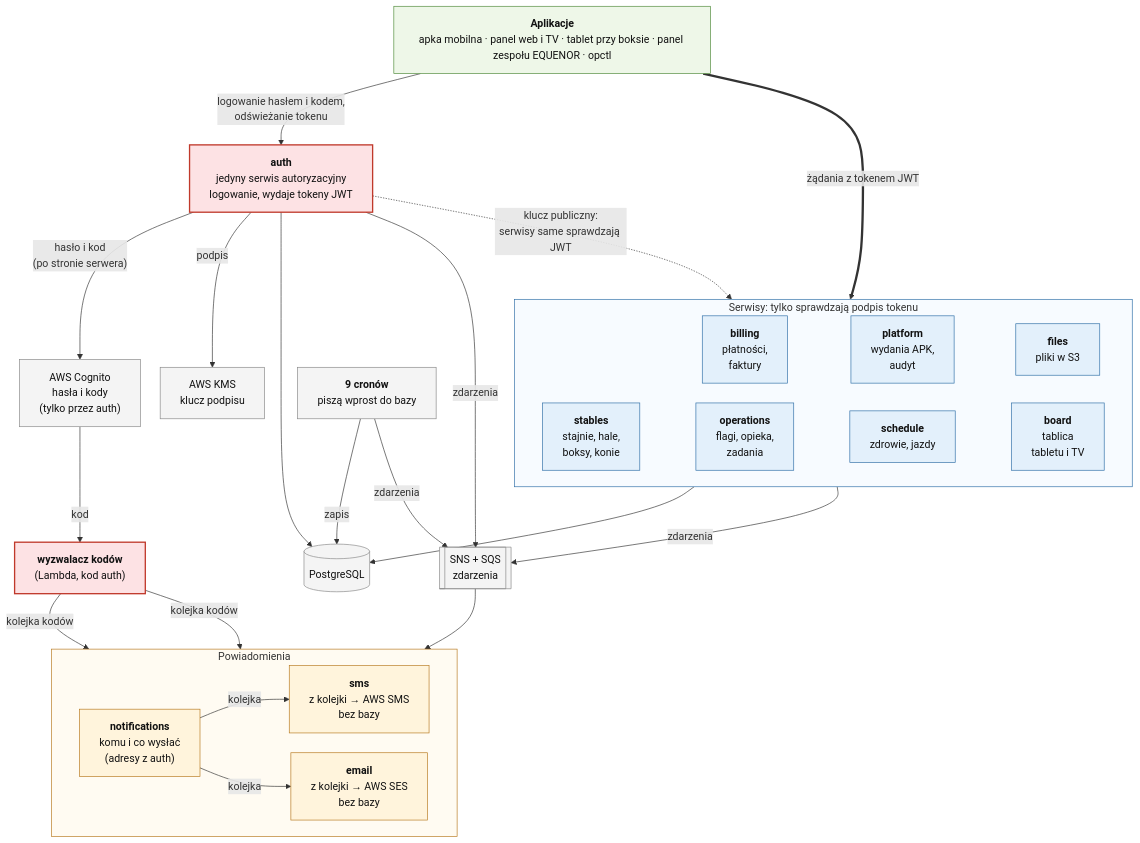
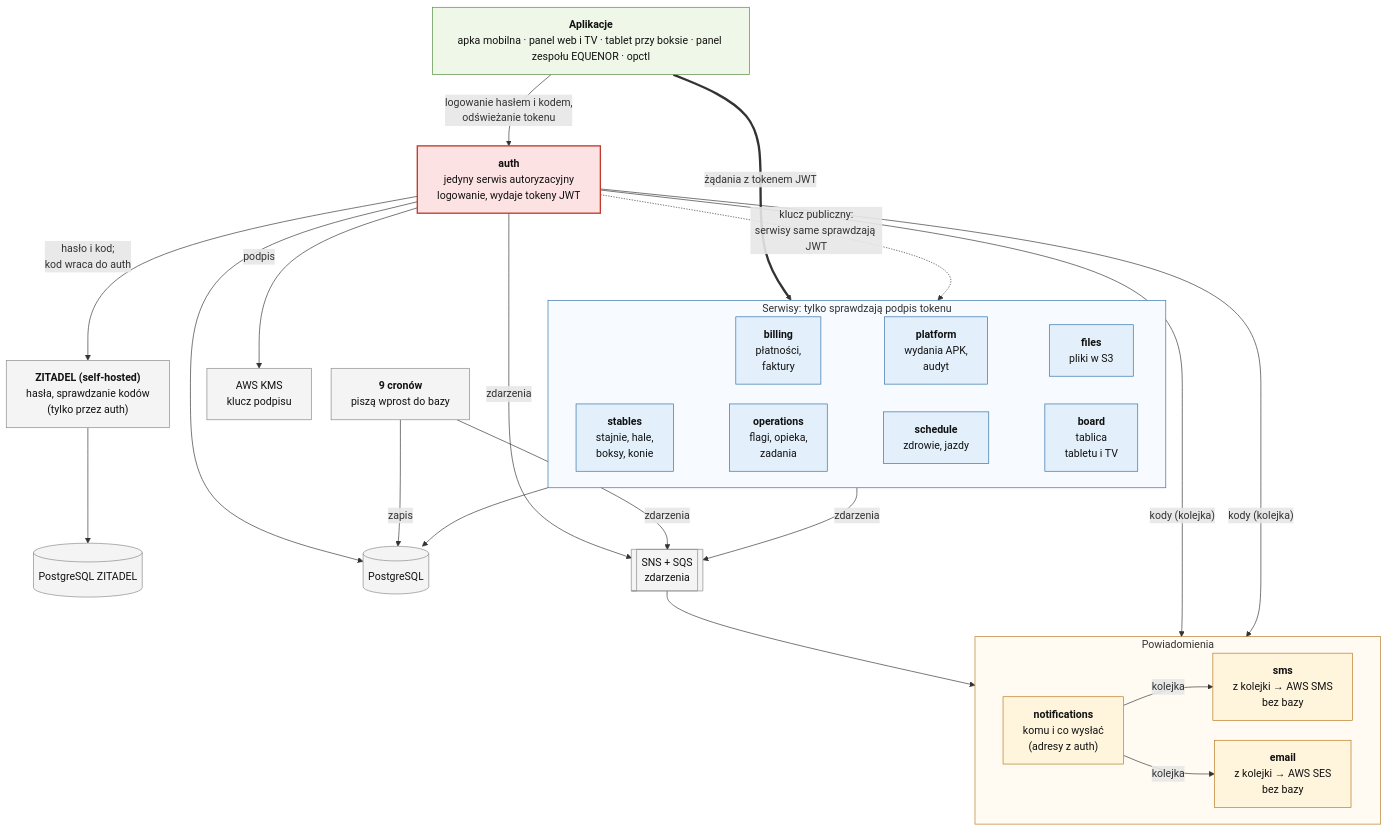
One commit to ClewlerStudent/KonskaAppka changed the diagram in docs/mikroserwisy/uslugi.mmd. Above: the diagram before and after it, drawn with Mermaid. The commit also changed 12 other files, not shown here.

First line of the commit message:
Docs: ZITADEL self-hosted w toku (stan pośredni)

```diff
--- a/docs/mikroserwisy/uslugi.mmd
+++ b/docs/mikroserwisy/uslugi.mmd
@@ -1,63 +1,63 @@
 %%{init: {"flowchart": {"curve": "basis", "nodeSpacing": 30, "rankSpacing": 60, "wrappingWidth": 420}, "themeVariables": {"fontSize": "16px"}}}%%
 flowchart TB
     APPS["<b>Aplikacje</b><br/>apka mobilna · panel web i TV · tablet przy boksie · panel zespołu EQUENOR · opctl"]
 
-    COG["AWS Cognito<br/>hasła i kody<br/>(tylko przez auth)"]
+    ZIT["<b>ZITADEL (self-hosted)</b><br/>hasła, sprawdzanie kodów<br/>(tylko przez auth)"]
+    ZDB[("PostgreSQL ZITADEL")]
     AUTH["<b>auth</b><br/>jedyny serwis autoryzacyjny<br/>logowanie, wydaje tokeny JWT"]
-    CODES["<b>wyzwalacz kodów</b><br/>(Lambda, kod auth)"]
     KMS["AWS KMS<br/>klucz podpisu"]
 
     subgraph DOM["Serwisy: tylko sprawdzają podpis tokenu"]
         direction LR
         stables["<b>stables</b><br/>stajnie, hale,<br/>boksy, konie"]
         operations["<b>operations</b><br/>flagi, opieka,<br/>zadania"]
         schedule["<b>schedule</b><br/>zdrowie, jazdy"]
         board["<b>board</b><br/>tablica<br/>tabletu i TV"]
         billing["<b>billing</b><br/>płatności,<br/>faktury"]
         platform["<b>platform</b><br/>wydania APK,<br/>audyt"]
         files["<b>files</b><br/>pliki w S3"]
         billing ~~~ platform ~~~ files
         stables ~~~ operations ~~~ schedule ~~~ board
     end
 
     CRON["<b>9 cronów</b><br/>piszą wprost do bazy"]
     DB[("PostgreSQL")]
     BUS[["SNS + SQS<br/>zdarzenia"]]
 
     subgraph NOTE["Powiadomienia"]
         direction LR
         notifications["<b>notifications</b><br/>komu i co wysłać<br/>(adresy z auth)"]
         sms["<b>sms</b><br/>z kolejki → AWS SMS<br/>bez bazy"]
         email["<b>email</b><br/>z kolejki → AWS SES<br/>bez bazy"]
     end
 
     APPS -- "logowanie hasłem i kodem,<br/>odświeżanie tokenu" --> AUTH
-    AUTH -- "hasło i kod<br/>(po stronie serwera)" --> COG
+    AUTH -- "hasło i kod;<br/>kod wraca do auth" --> ZIT
+    ZIT --> ZDB
     APPS == "żądania z tokenem JWT" ==> DOM
     AUTH -- "podpis" --> KMS
     AUTH -. "klucz publiczny:<br/>serwisy same sprawdzają JWT" .-> DOM
     AUTH --> DB
     AUTH -- "zdarzenia" --> BUS
     DOM --> DB
     DOM -- "zdarzenia" --> BUS
     CRON -- "zapis" --> DB
     CRON -- "zdarzenia" --> BUS
     BUS --> notifications
     notifications -- "kolejka" --> sms
     notifications -- "kolejka" --> email
-    COG -- "kod" --> CODES
-    CODES -- "kolejka kodów" --> sms
-    CODES -- "kolejka kodów" --> email
+    AUTH -- "kody (kolejka)" --> sms
+    AUTH -- "kody (kolejka)" --> email
 
     classDef authc fill:#fde2e4,stroke:#c0392b,stroke-width:2px,color:#111
     classDef svc fill:#e3f0fb,stroke:#2f6fa7,color:#111
     classDef ntf fill:#fff4dc,stroke:#b7791f,color:#111
     classDef cli fill:#eef7e8,stroke:#4f8a3a,color:#111
     classDef ext fill:#f4f4f4,stroke:#888,color:#111
-    class AUTH,CODES authc
+    class AUTH authc
     class stables,operations,schedule,board,billing,platform,files svc
     class notifications,sms,email ntf
     class APPS cli
-    class COG,KMS,DB,BUS,CRON ext
+    class ZIT,ZDB,KMS,DB,BUS,CRON ext
     style DOM fill:#f7fbff,stroke:#2f6fa7
     style NOTE fill:#fffbf2,stroke:#b7791f
```
